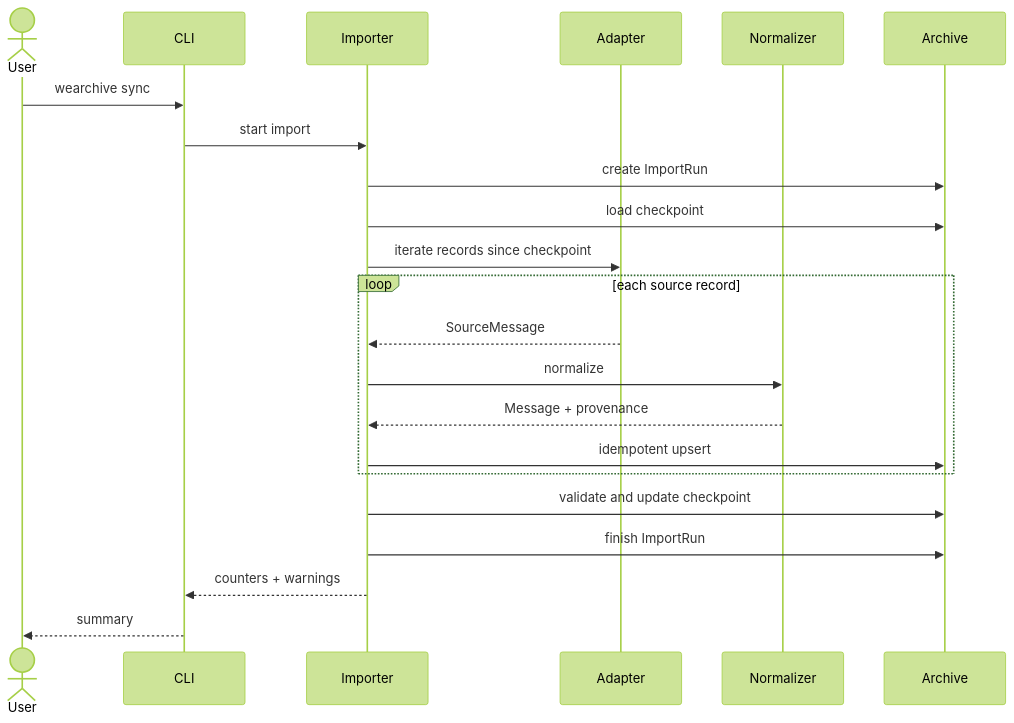
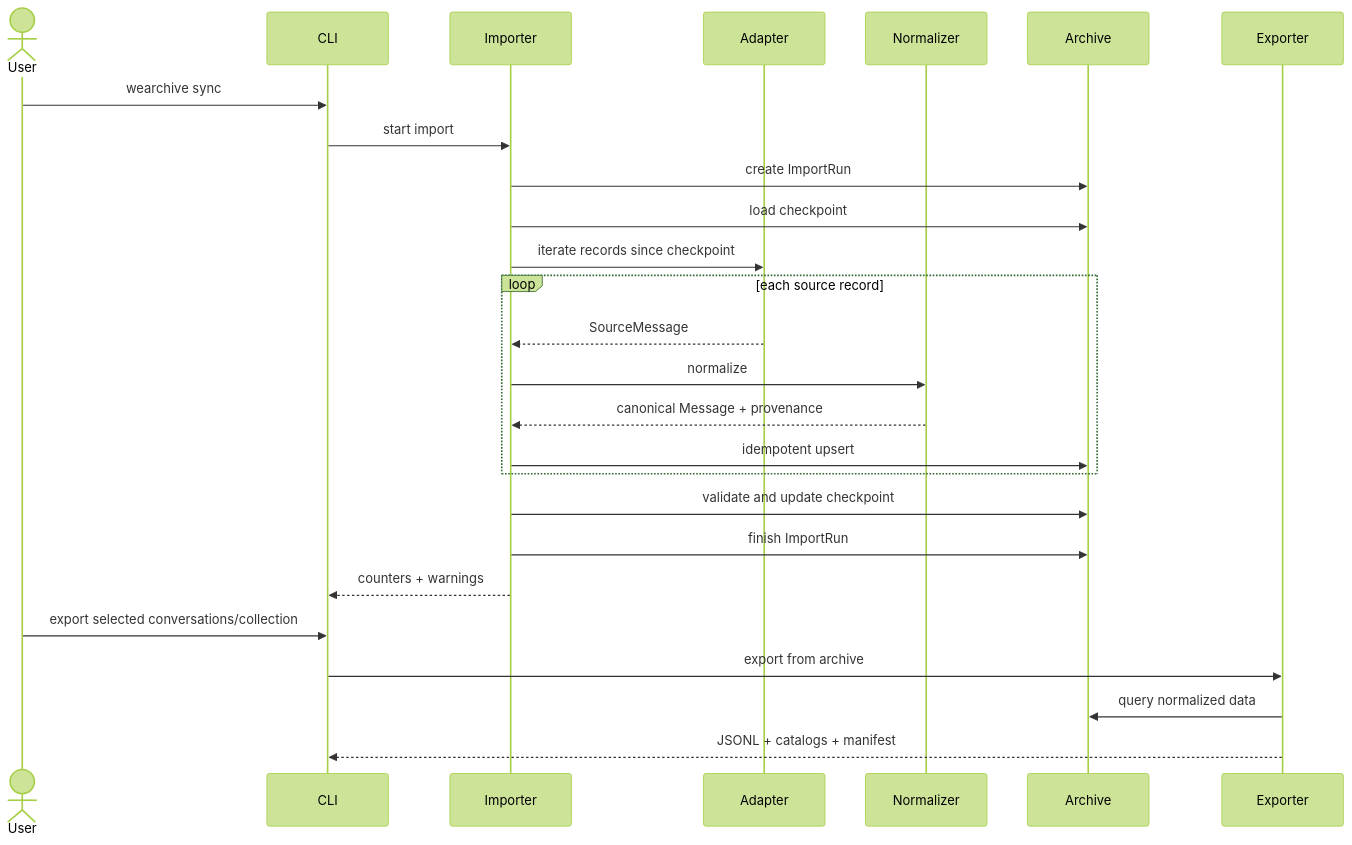
The second of 3 diagrams in docs/ARCHITECTURE.md (lybym/WeArchive), drawn with Mermaid (forest theme) before and after one commit. The commit also changed other lines of this file, not shown here.

Commit message:
docs: align architecture with text-only export model

````diff
--- a/docs/ARCHITECTURE.md
+++ b/docs/ARCHITECTURE.md
@@ -164,25 +169,30 @@
 ```mermaid
 sequenceDiagram
     actor User
     participant CLI
     participant Importer
     participant Adapter
     participant Normalizer
     participant Archive
+    participant Exporter
 
     User->>CLI: wearchive sync
     CLI->>Importer: start import
     Importer->>Archive: create ImportRun
     Importer->>Archive: load checkpoint
     Importer->>Adapter: iterate records since checkpoint
     loop each source record
         Adapter-->>Importer: SourceMessage
         Importer->>Normalizer: normalize
-        Normalizer-->>Importer: Message + provenance
+        Normalizer-->>Importer: canonical Message + provenance
         Importer->>Archive: idempotent upsert
     end
     Importer->>Archive: validate and update checkpoint
     Importer->>Archive: finish ImportRun
     Importer-->>CLI: counters + warnings
-    CLI-->>User: summary
+
+    User->>CLI: export selected conversations/collection
+    CLI->>Exporter: export from archive
+    Exporter->>Archive: query normalized data
+    Exporter-->>CLI: JSONL + catalogs + manifest
 ```
````
